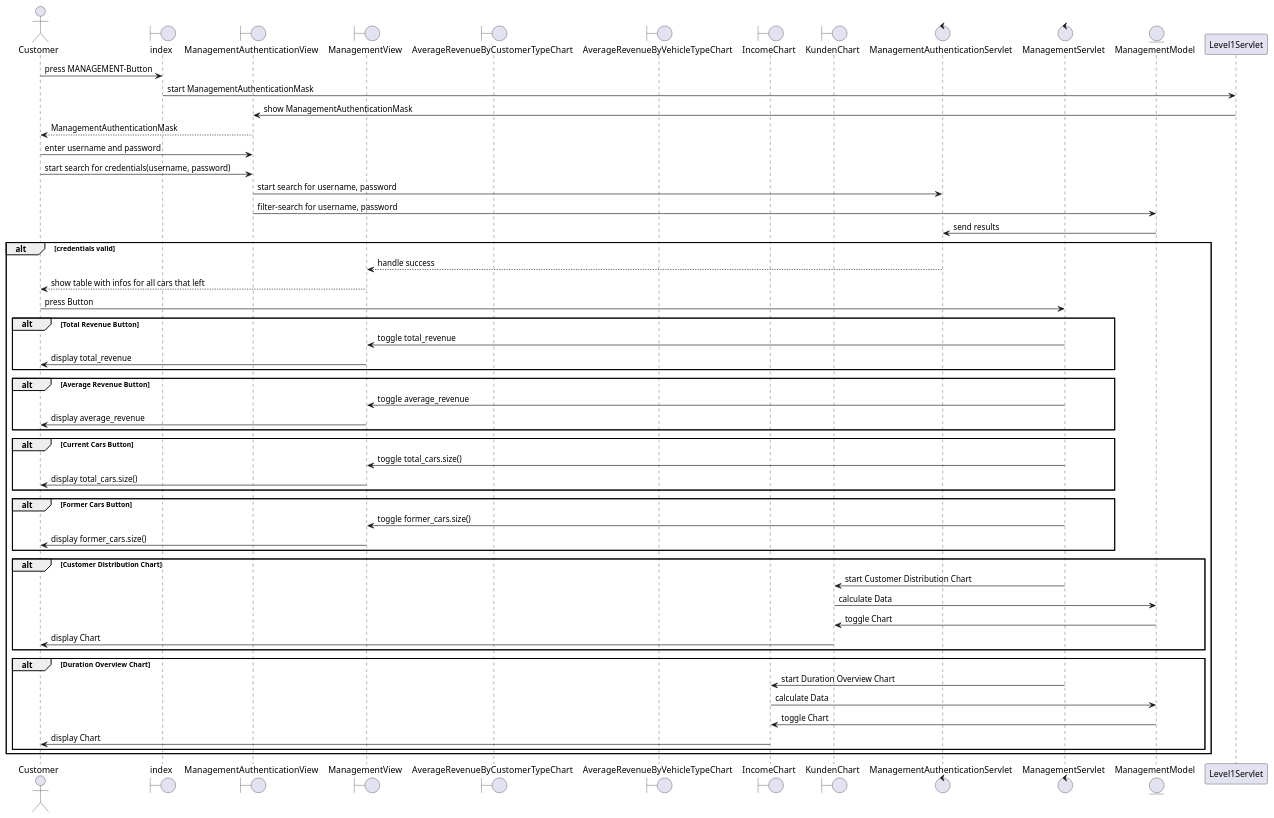
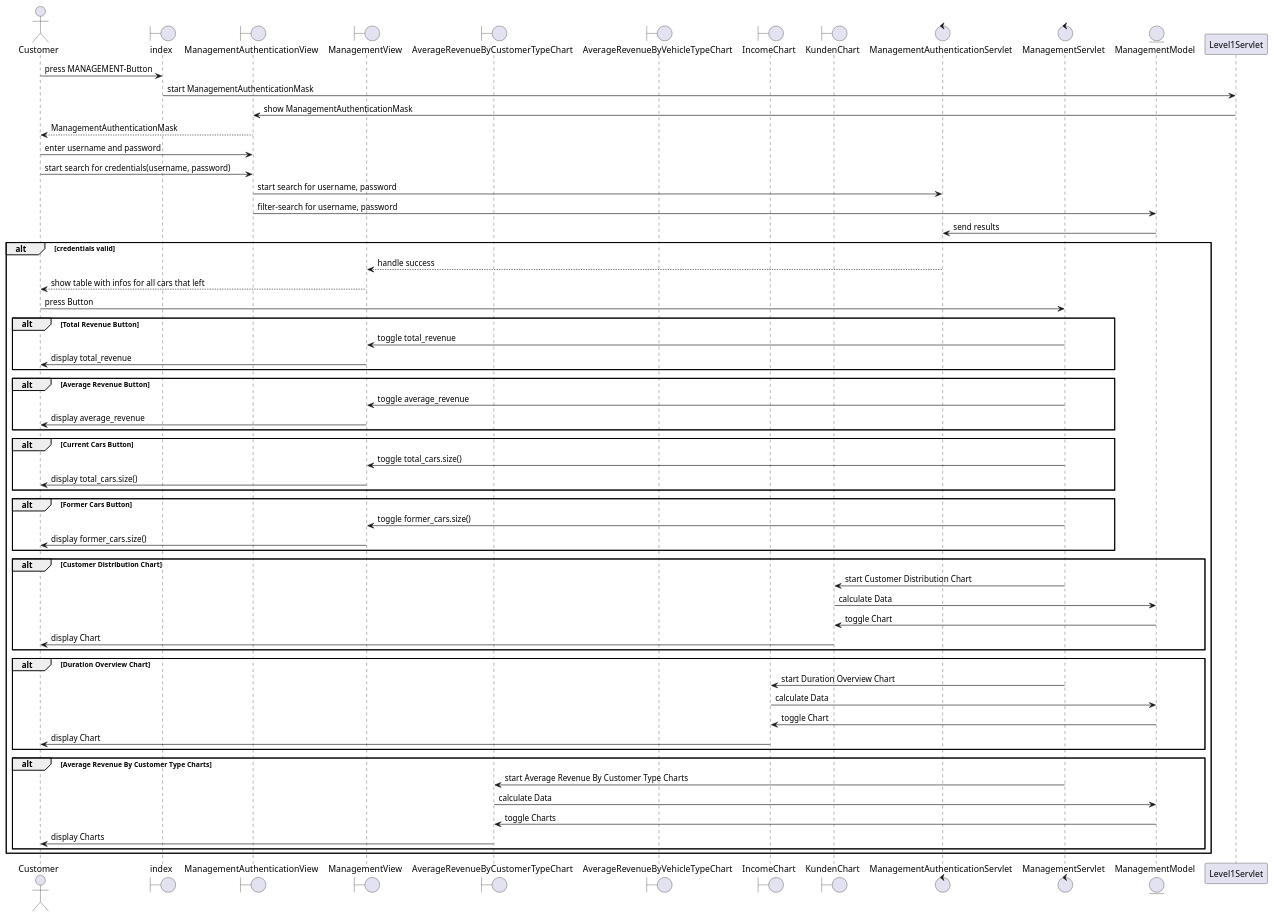
One commit to 1nbetw33n/Parkhaus_new changed the diagram in src/main/parkhaus-project/Parkhaus/java/Planung/DIAGRAMS/sd_Management.puml. Above: the diagram before and after it, drawn with PlantUML.

Commit message:
Added Average Revenue By Customer Type Charts

```diff
--- a/src/main/parkhaus-project/Parkhaus/java/Planung/DIAGRAMS/sd_Management.puml
+++ b/src/main/parkhaus-project/Parkhaus/java/Planung/DIAGRAMS/sd_Management.puml
@@ -1,58 +1,64 @@
 @startuml
 'https://plantuml.com/sequence-diagram
 actor Customer
 boundary index
 boundary ManagementAuthenticationView
 boundary ManagementView
 boundary AverageRevenueByCustomerTypeChart
 boundary AverageRevenueByVehicleTypeChart
 boundary IncomeChart
 boundary KundenChart
 control ManagementAuthenticationServlet
 control ManagementServlet
 entity ManagementModel
 Customer -> index : press MANAGEMENT-Button
 index -> Level1Servlet : start ManagementAuthenticationMask
 Level1Servlet -> ManagementAuthenticationView : show ManagementAuthenticationMask
 ManagementAuthenticationView --> Customer : ManagementAuthenticationMask
 Customer -> ManagementAuthenticationView : enter username and password
 Customer -> ManagementAuthenticationView : start search for credentials(username, password)
 ManagementAuthenticationView -> ManagementAuthenticationServlet : start search for username, password
 ManagementAuthenticationView -> ManagementModel : filter-search for username, password
 ManagementModel -> ManagementAuthenticationServlet : send results
 alt credentials valid
     ManagementAuthenticationServlet --> ManagementView : handle success
     ManagementView --> Customer : show table with infos for all cars that left
     Customer -> ManagementServlet : press Button
     alt Total Revenue Button
         ManagementServlet -> ManagementView : toggle total_revenue
         ManagementView -> Customer : display total_revenue
     end
     alt Average Revenue Button
         ManagementServlet -> ManagementView : toggle average_revenue
         ManagementView -> Customer : display average_revenue
     end
     alt Current Cars Button
         ManagementServlet -> ManagementView : toggle total_cars.size()
         ManagementView -> Customer : display total_cars.size()
     end
     alt Former Cars Button
         ManagementServlet -> ManagementView : toggle former_cars.size()
         ManagementView -> Customer : display former_cars.size()
     end
     alt Customer Distribution Chart
         ManagementServlet -> KundenChart : start Customer Distribution Chart
         KundenChart -> ManagementModel : calculate Data
         ManagementModel -> KundenChart : toggle Chart
         KundenChart -> Customer : display Chart
     end
     alt Duration Overview Chart
         ManagementServlet -> IncomeChart : start Duration Overview Chart
         IncomeChart -> ManagementModel : calculate Data
         ManagementModel -> IncomeChart : toggle Chart
         IncomeChart -> Customer : display Chart
     end
+    alt Average Revenue By Customer Type Charts
+        ManagementServlet -> AverageRevenueByCustomerTypeChart : start Average Revenue By Customer Type Charts
+        AverageRevenueByCustomerTypeChart -> ManagementModel : calculate Data
+        ManagementModel -> AverageRevenueByCustomerTypeChart : toggle Charts
+        AverageRevenueByCustomerTypeChart -> Customer : display Charts
+    end
 end
 
 
 @enduml
```
